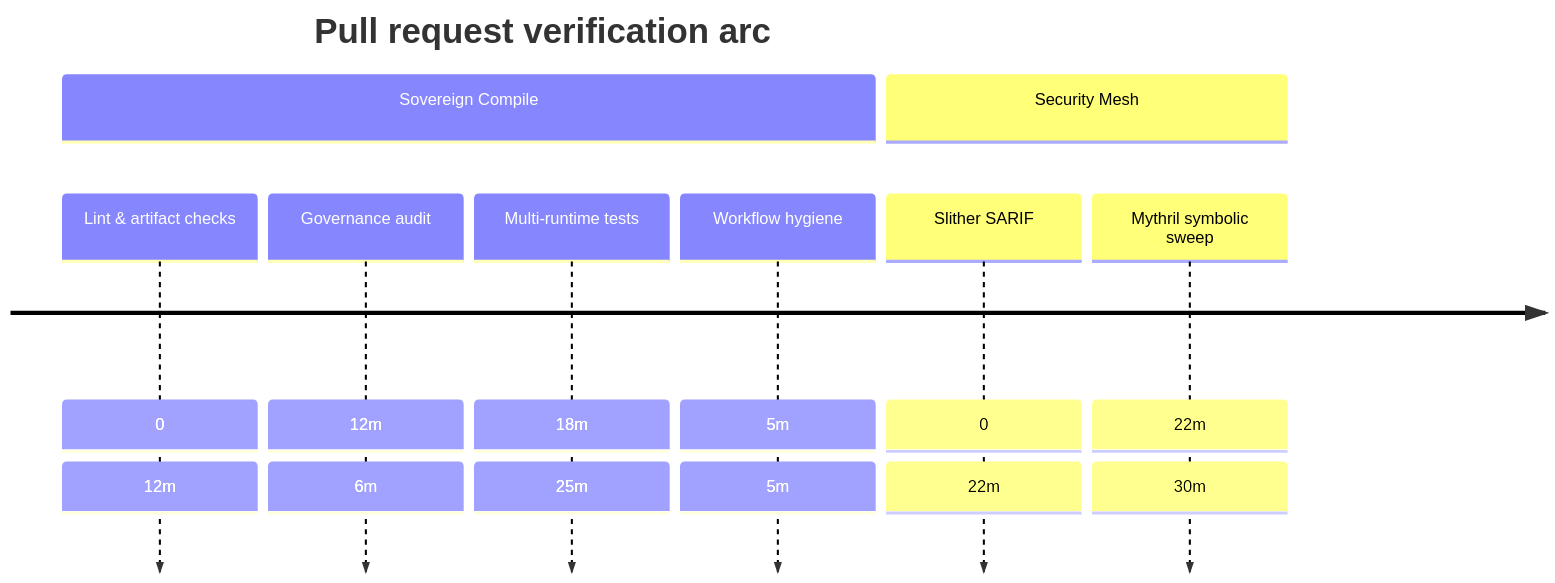
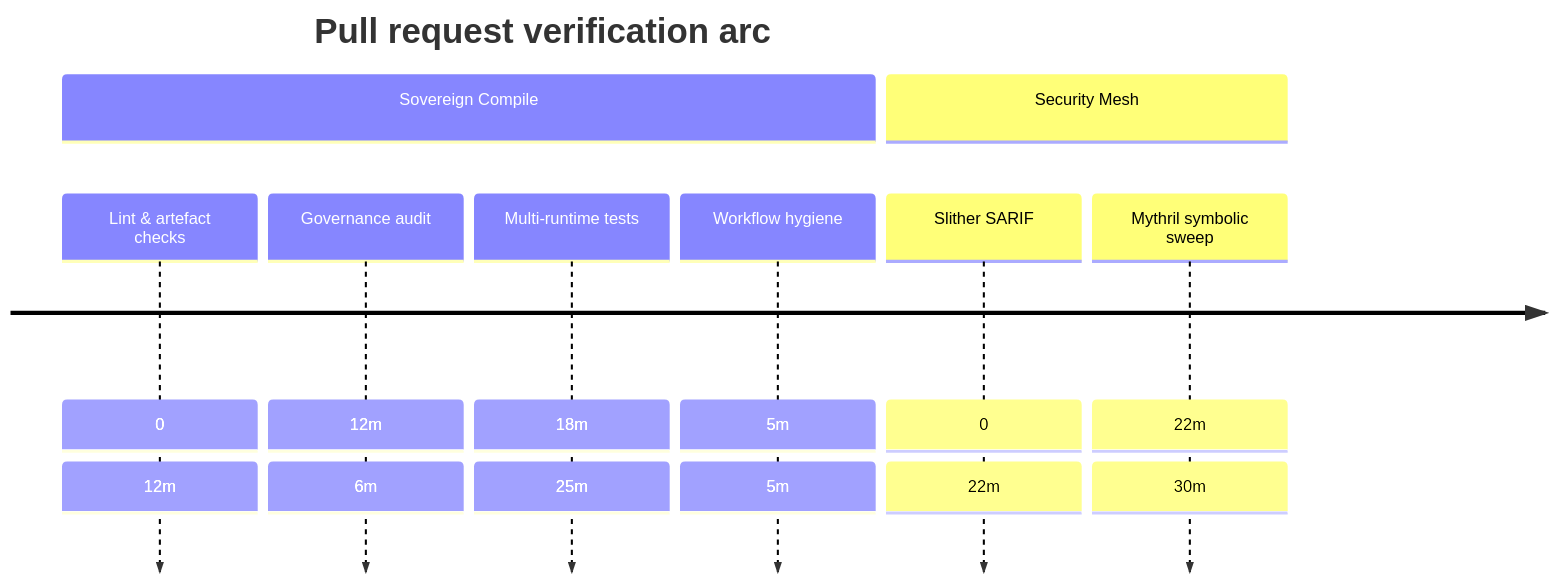
Before and after one commit to MontrealAI/agijobs-sovereign-labor-v0p1: the fifth of 5 diagrams in docs/README.md, drawn with Mermaid. The commit also changed other lines of this file, not shown here.

````diff
--- a/docs/README.md
+++ b/docs/README.md
@@ -294,12 +303,12 @@
 ```mermaid
 timeline
   title Pull request verification arc
   section Sovereign Compile
-    Lint & artifact checks : 0 : 12m
+    Lint & artefact checks : 0 : 12m
     Governance audit      : 12m : 6m
     Multi-runtime tests   : 18m : 25m
     Workflow hygiene      : 5m : 5m
   section Security Mesh
     Slither SARIF         : 0 : 22m
     Mythril symbolic sweep: 22m : 30m
 ```
````
